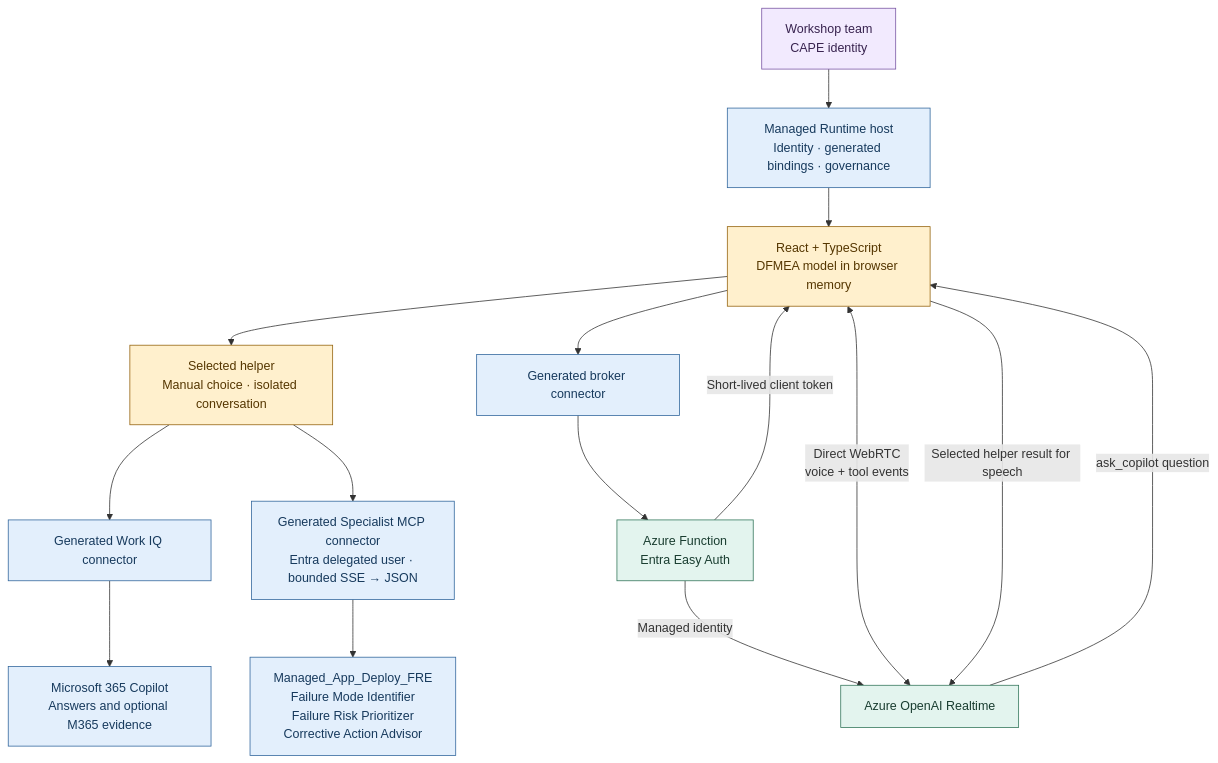
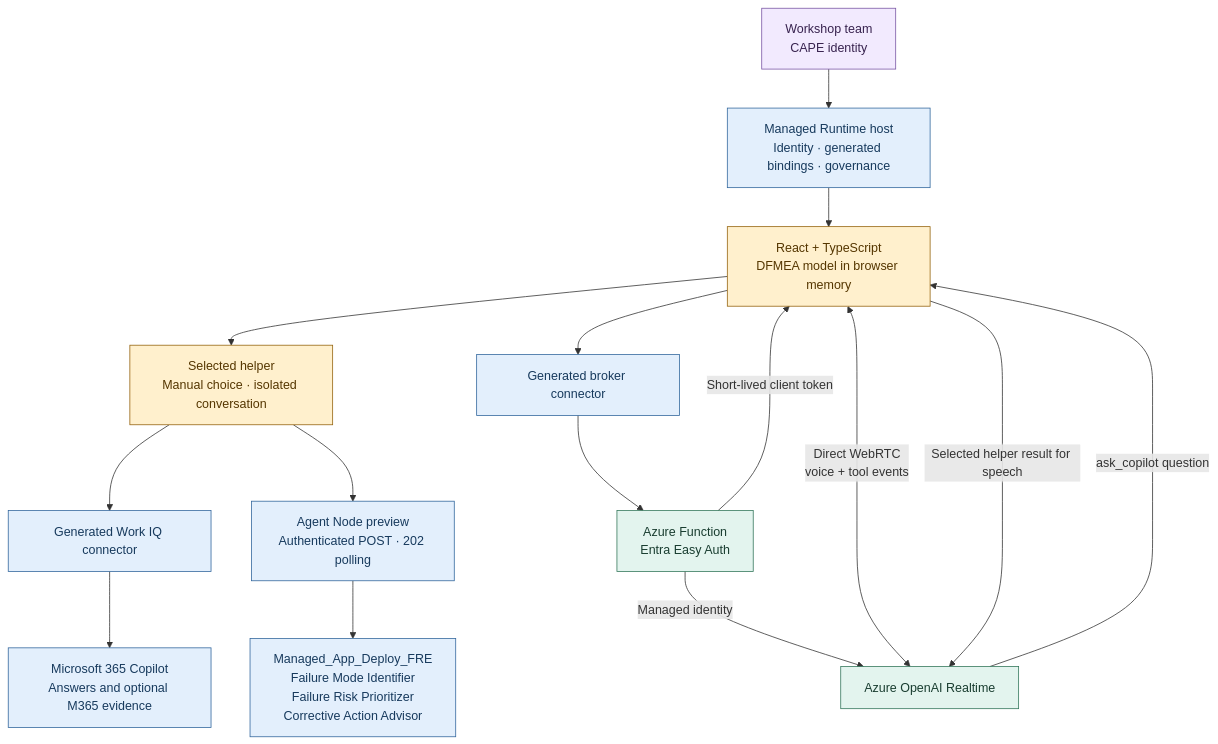
One commit to Roelzz/code_app_voice changed the second of 5 diagrams in README.md. Above: the diagram before and after it, drawn with Mermaid. The commit also changed other lines of this file and 16 other files, not shown here.

First line of the commit message:
feat: publish agent node preview snapshot

````diff
--- a/README.md
+++ b/README.md
@@ -61,25 +63,25 @@
 ```mermaid
 flowchart TB
     Team["Workshop team<br/>CAPE identity"] --> Host["Managed Runtime host<br/>Identity · generated bindings · governance"]
     Host --> App["React + TypeScript<br/>DFMEA model in browser memory"]
     App --> Select["Selected helper<br/>Manual choice · isolated conversation"]
     Select --> IQ["Generated Work IQ connector"]
     IQ --> Copilot["Microsoft 365 Copilot<br/>Answers and optional M365 evidence"]
-    Select --> Studio["Generated Specialist MCP connector<br/>Entra delegated user · bounded SSE → JSON"]
-    Studio --> Specialists["Managed_App_Deploy_FRE<br/>Failure Mode Identifier<br/>Failure Risk Prioritizer<br/>Corrective Action Advisor"]
+    Select --> Native["Agent Node preview<br/>Authenticated POST · 202 polling"]
+    Native --> Specialists["Managed_App_Deploy_FRE<br/>Failure Mode Identifier<br/>Failure Risk Prioritizer<br/>Corrective Action Advisor"]
     App --> BrokerConn["Generated broker connector"]
     BrokerConn --> Broker["Azure Function<br/>Entra Easy Auth"]
     Broker -->|"Managed identity"| Azure["Azure OpenAI Realtime"]
     Broker -->|"Short-lived client token"| App
     App <-->|"Direct WebRTC<br/>voice + tool events"| Azure
     Azure -->|"ask_copilot question"| App
     App -->|"Selected helper result for speech"| Azure
     classDef person fill:#F2EAFE,stroke:#7854A3,color:#38234F
     classDef app fill:#FFF0CD,stroke:#94620D,color:#553600
     classDef m365 fill:#E3EFFC,stroke:#31669C,color:#173A5D
     classDef azure fill:#E3F4EE,stroke:#32765A,color:#193D30
     class Team person
     class App,Select app
-    class Host,IQ,Copilot,BrokerConn,Studio,Specialists m365
+    class Host,IQ,Copilot,BrokerConn,Native,Specialists m365
     class Broker,Azure azure
 ```
````
